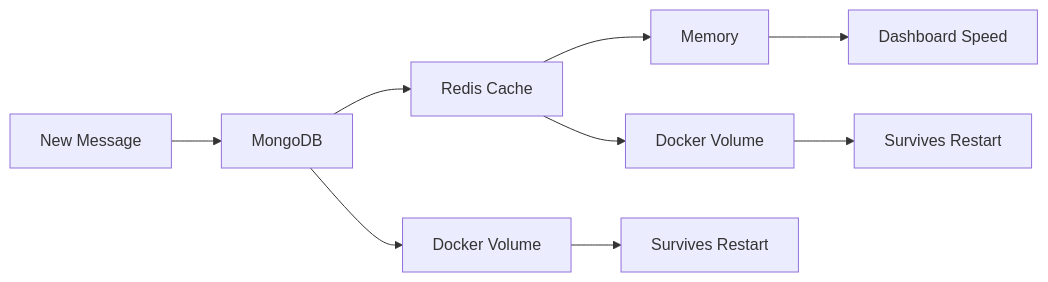
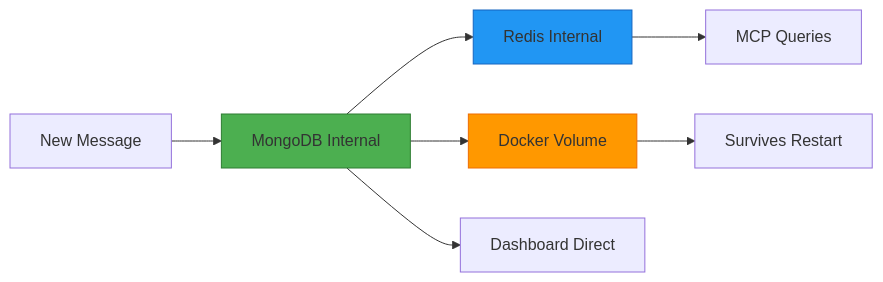
Before and after one commit to LucianoRicardo737/claude-conversation-logger: the diagram in README.md, drawn with Mermaid. The commit also changed other lines of this file and 1 other file, not shown here.

First line of the commit message:
🏗️ Restore true monolithic architecture - single container solution

````diff
--- a/README.md
+++ b/README.md
@@ -560,11 +562,13 @@
 ```mermaid
 graph LR
-    A[New Message] --> B[MongoDB]
-    B --> C[Redis Cache]  
-    C --> D[Memory]
+    A[New Message] --> B[MongoDB Internal]
+    B --> C[Redis Internal]  
     B --> E[Docker Volume]
-    C --> F[Docker Volume]
+    C --> D[MCP Queries]
+    B --> F[Dashboard Direct]
     E --> G[Survives Restart]
-    F --> H[Survives Restart]
-    D --> I[Dashboard Speed]
+    
+    style B fill:#4caf50,stroke:#2e7d32
+    style C fill:#2196f3,stroke:#1565c0
+    style E fill:#ff9800,stroke:#ef6c00
 ```
````
